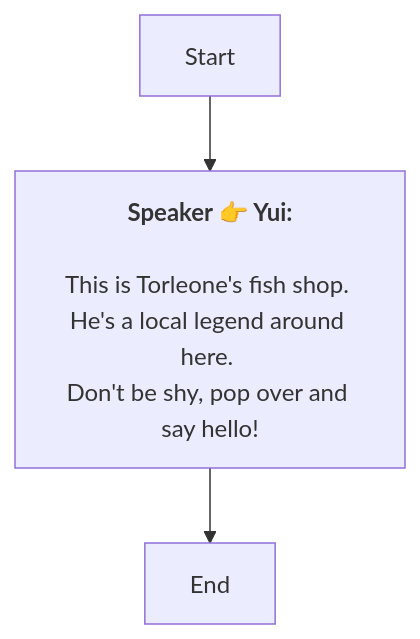
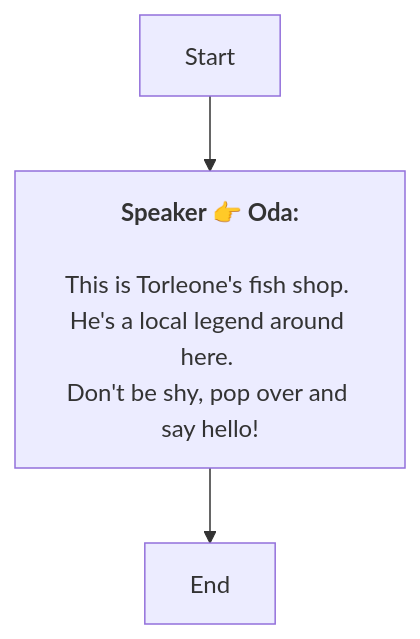
Before and after one commit to SoftHu/tos_avg: the diagram in En/QuestStartTalkENode_1741757843185991.md, drawn with Mermaid. The commit also changed 737 other files, not shown here.

````diff
--- a/En/QuestStartTalkENode_1741757843185991.md
+++ b/En/QuestStartTalkENode_1741757843185991.md
@@ -1,10 +1,9 @@
 ```mermaid
 graph
-Start -->1741757865484618[<b>Speaker 👉 Yui:</b>
-
-This is Torleone's fish shop. 
+Start -->1741757865484618[<b>Speaker 👉 Oda:</b>
+\nThis is Torleone's fish shop. 
 He's a local legend around here. 
 Don't be shy, pop over and say hello!]
 1741757865484618 -->1741757936613707[End]
 
- ```
+```
````
